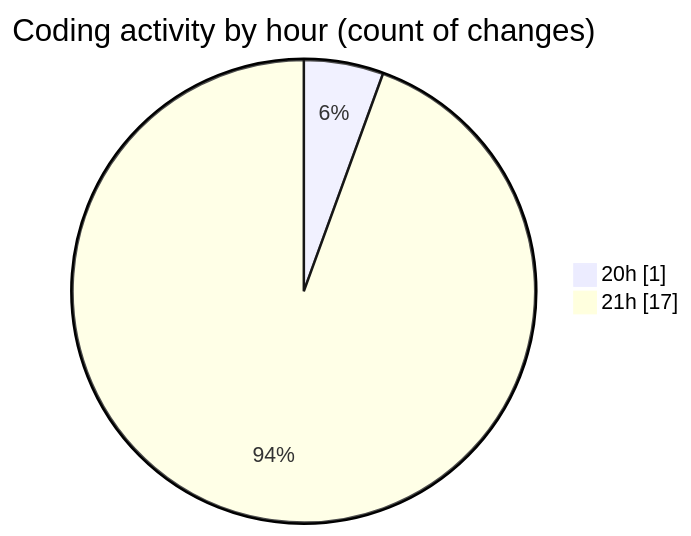
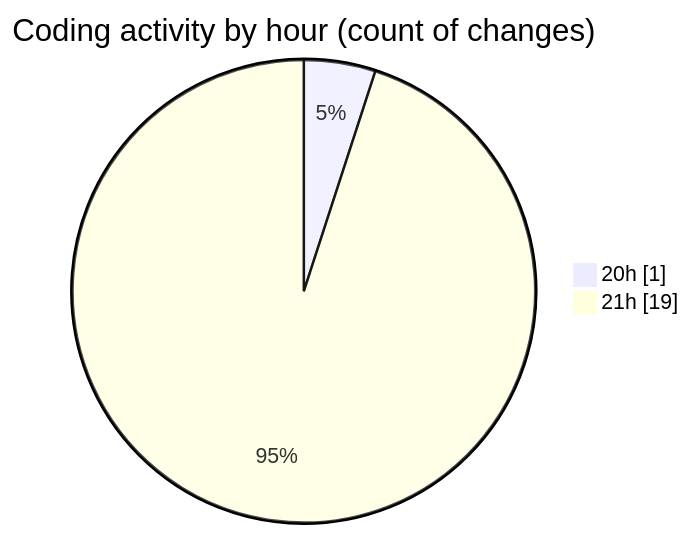
One commit to Ritupan-Deka/code-tracking changed the second of 2 diagrams in 2025-02-15/0starter_files/README.md. Above: the diagram before and after it, drawn with Mermaid. The commit also changed other lines of this file and 1 other file, not shown here.

````diff
--- a/2025-02-15/0starter_files/README.md
+++ b/2025-02-15/0starter_files/README.md
@@ -28,6 +28,6 @@
 ```mermaid
 pie showData
 title Coding activity by hour (count of changes)
 "20h" : 1
-"21h" : 17
+"21h" : 19
 ```
````
